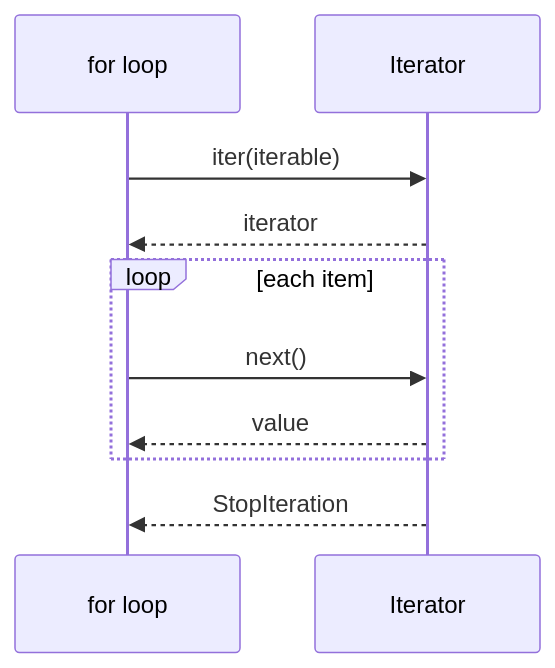
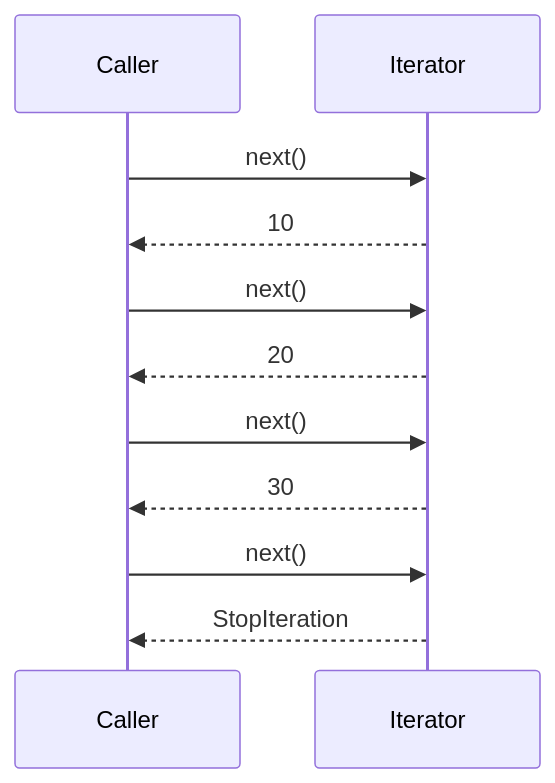
One commit to shomi-khan/preparation changed the second of 8 diagrams in day1/03-iterators-generators/README.md. Above: the diagram before and after it, drawn with Mermaid. The commit also changed other lines of this file, not shown here.

````diff
--- a/day1/03-iterators-generators/README.md
+++ b/day1/03-iterators-generators/README.md
@@ -114,12 +46,13 @@
-```mermaid
+~~~mermaid
 sequenceDiagram
- participant F as for loop
- participant I as Iterator
- F->>I: iter(iterable)
- I-->>F: iterator
- loop each item
-  F->>I: next()
-  I-->>F: value
- end
- I-->>F: StopIteration
-```
+    participant C as Caller
+    participant I as Iterator
+    C->>I: next()
+    I-->>C: 10
+    C->>I: next()
+    I-->>C: 20
+    C->>I: next()
+    I-->>C: 30
+    C->>I: next()
+    I-->>C: StopIteration
+~~~
````
